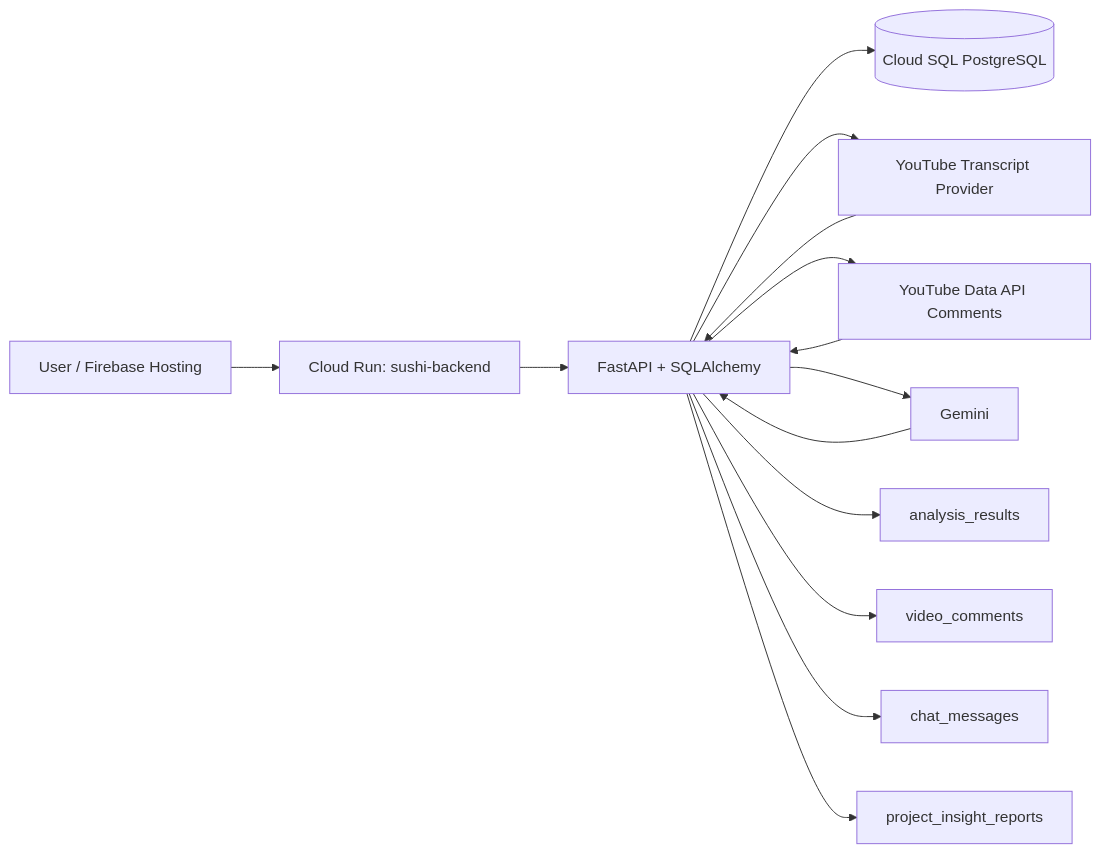
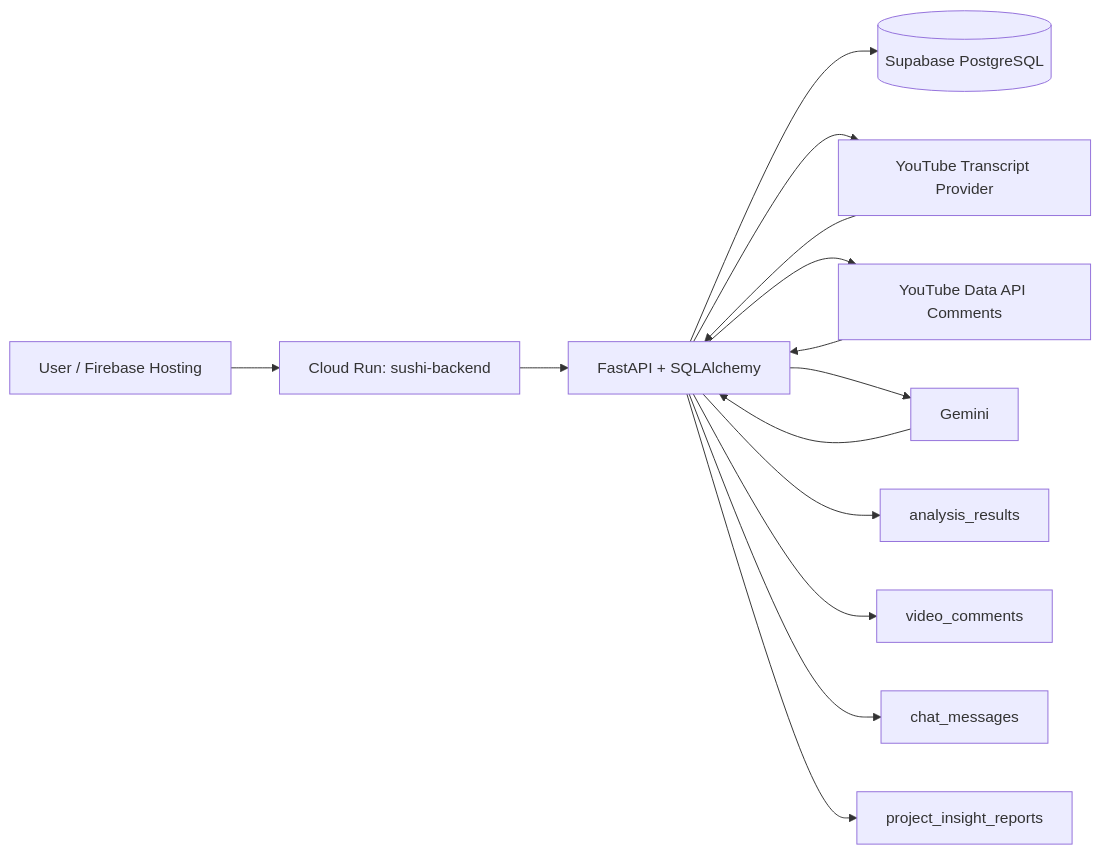
One commit to jjjyogurt/Sushi changed the first of 2 diagrams in DATABASE_DESIGN.md. Above: the diagram before and after it, drawn with Mermaid. The commit also changed other lines of this file and 23 other files, not shown here.

````diff
--- a/DATABASE_DESIGN.md
+++ b/DATABASE_DESIGN.md
@@ -26,19 +26,19 @@
 ```mermaid
 flowchart LR
     A[User / Firebase Hosting] --> B[Cloud Run: sushi-backend]
     B --> C[FastAPI + SQLAlchemy]
-    C --> D[(Cloud SQL PostgreSQL)]
+    C --> D[(Supabase PostgreSQL)]
 
     C --> E[YouTube Transcript Provider]
     C --> F[YouTube Data API Comments]
     C --> G[Gemini]
 
     E --> C
     F --> C
     G --> C
 
     C --> H[analysis_results]
     C --> I[video_comments]
     C --> J[chat_messages]
     C --> K[project_insight_reports]
 ```
````
